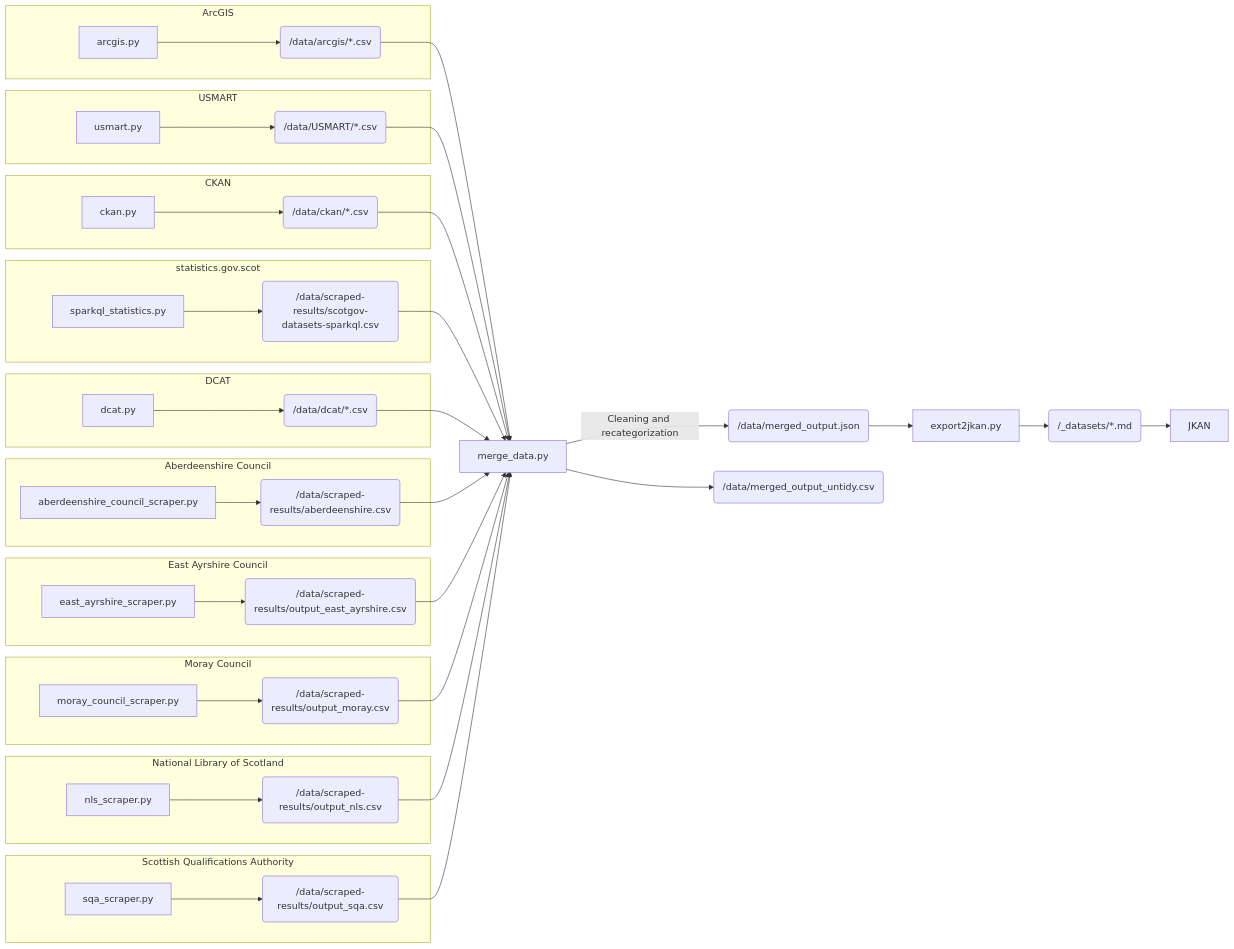
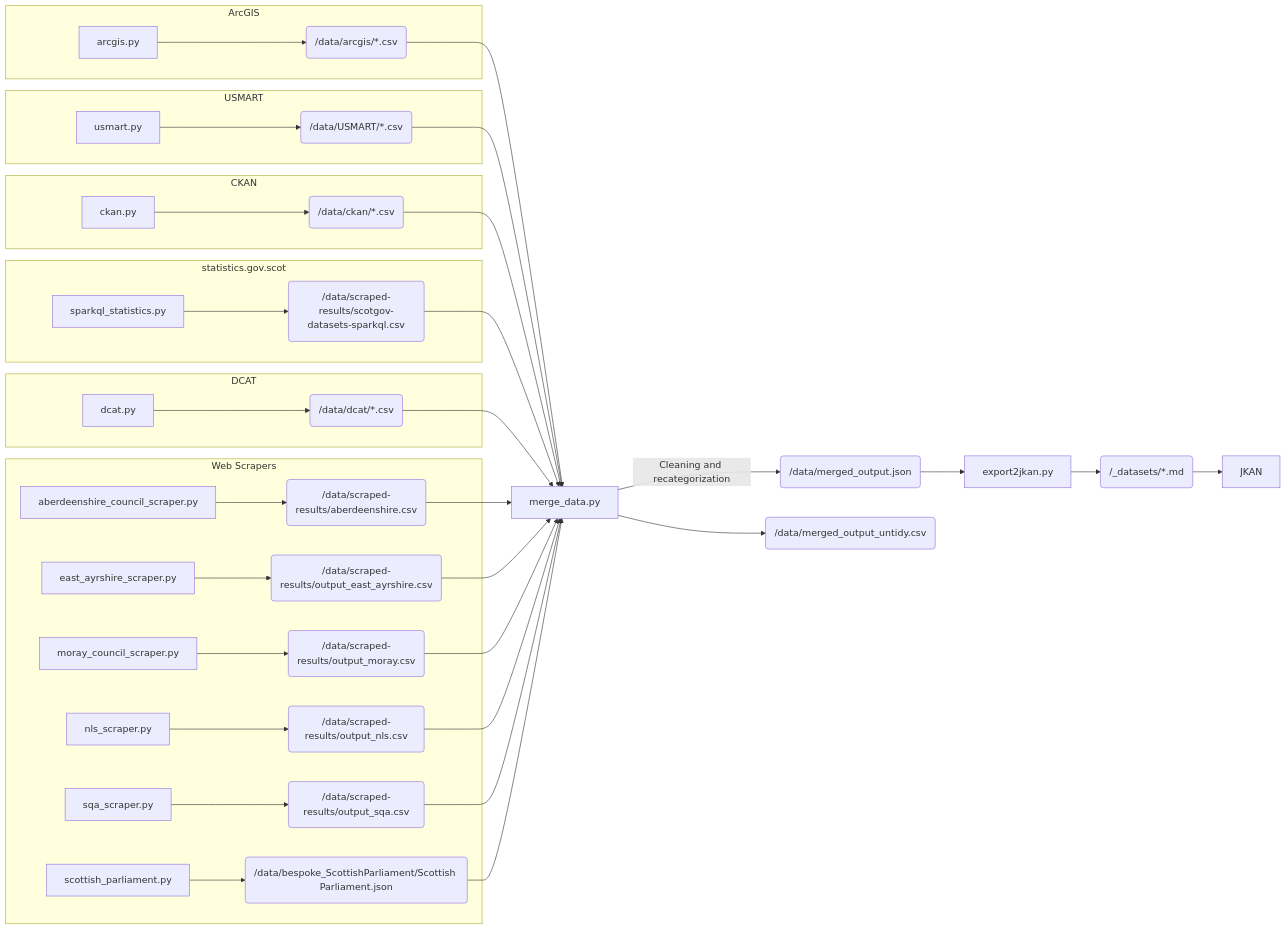
The diagram in docs/architecture/architecture.md (OpenDataScotland/opendata.scot_docs), drawn with Mermaid before and after one commit.

Commit message:
docs: added Scottish Parliament scraper to architecture on back of the_od_bods PR#252

````diff
--- a/docs/architecture/architecture.md
+++ b/docs/architecture/architecture.md
@@ -6,48 +6,42 @@
 ```mermaid
 graph LR
     subgraph ArcGIS
     arcgis1[arcgis.py] --> arcgis2(/data/arcgis/*.csv)
     end
     subgraph USMART
     usmart1[usmart.py] --> usmart2(/data/USMART/*.csv)
     end
     subgraph CKAN
     ckan1[ckan.py] --> ckan2(/data/ckan/*.csv)
     end
     subgraph statistics.gov.scot
     stats1[sparkql_statistics.py] --> stats2(/data/scraped-results/scotgov-datasets-sparkql.csv)
     end
     subgraph DCAT
     dcat1[dcat.py] --> dcat2(/data/dcat/*.csv)
     end
-    subgraph Aberdeenshire Council
+    subgraph Web Scrapers
     abdn1[aberdeenshire_council_scraper.py] --> abdn2(/data/scraped-results/aberdeenshire.csv)
-    end
-    subgraph East Ayrshire Council
     ea1[east_ayrshire_scraper.py] --> ea2(/data/scraped-results/output_east_ayrshire.csv)
-    end
-    subgraph Moray Council
     moray1[moray_council_scraper.py] --> moray2(/data/scraped-results/output_moray.csv)
-    end
-    subgraph National Library of Scotland
     nls1[nls_scraper.py] --> nls2(/data/scraped-results/output_nls.csv)
-    end
-    subgraph Scottish Qualifications Authority
     sqa1[sqa_scraper.py] --> sqa2(/data/scraped-results/output_sqa.csv)
+    sparl1[scottish_parliament.py] --> sparl2(/data/bespoke_ScottishParliament/Scottish Parliament.json)
     end
     arcgis2 --> merge
     usmart2 --> merge
     ckan2 --> merge
     stats2 --> merge
     dcat2 --> merge
     abdn2 --> merge
     ea2 --> merge
     moray2 --> merge
     nls2 --> merge
     sqa2 --> merge
+    sparl2 --> merge
     merge[merge_data.py] --Cleaning and recategorization--> merge1(/data/merged_output.json)
     merge --> merge2(/data/merged_output_untidy.csv)
     merge1 --> export[export2jkan.py]
     export --> jkan1(/_datasets/*.md)
     jkan1 --> jkan2[JKAN]
 ```
````
